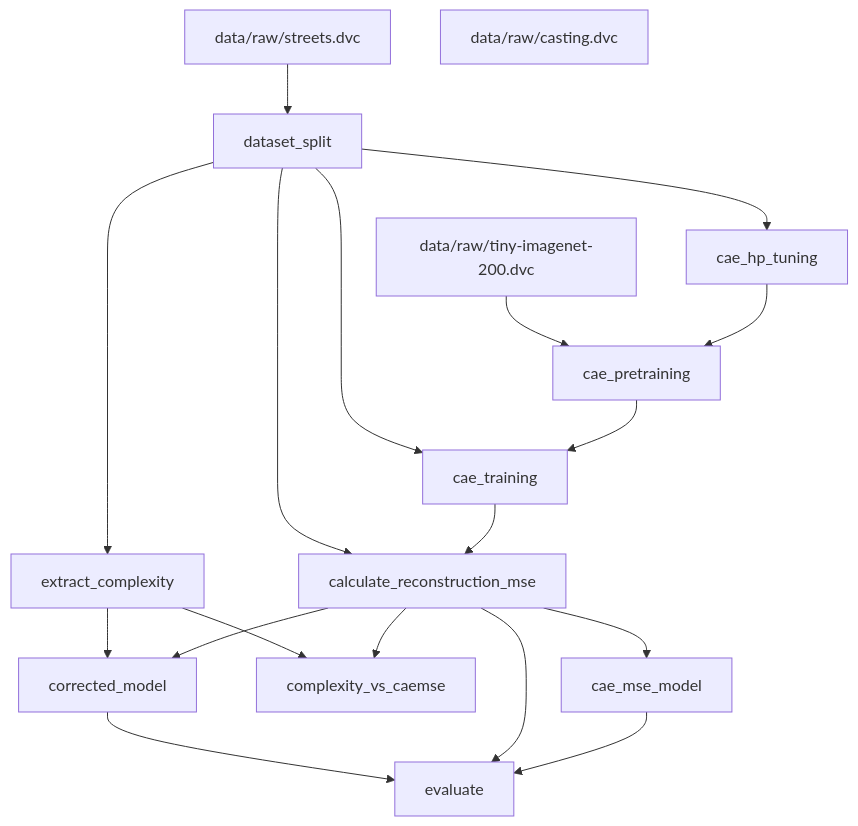
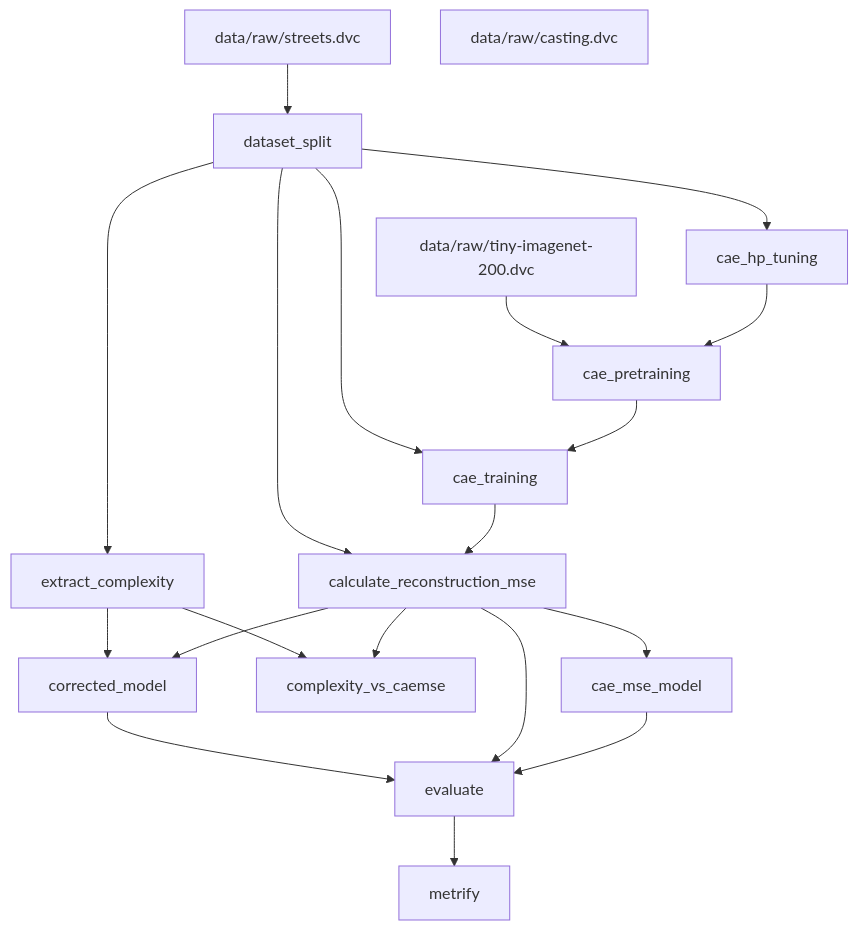
The diagram in visualisation/dag.md (alexsandercaac/img-complexity-cae), drawn with Mermaid before and after one commit. The commit also changed 1 other file, not shown here.

Commit message:
Added necessary dependency to metrify stage

````diff
--- a/visualisation/dag.md
+++ b/visualisation/dag.md
@@ -1,33 +1,35 @@
 ```mermaid
 flowchart TD
 	node1["cae_hp_tuning"]
 	node2["cae_mse_model"]
 	node3["cae_pretraining"]
 	node4["cae_training"]
 	node5["calculate_reconstruction_mse"]
 	node6["complexity_vs_caemse"]
 	node7["corrected_model"]
 	node8["data/raw/streets.dvc"]
 	node9["data/raw/tiny-imagenet-200.dvc"]
 	node10["dataset_split"]
 	node11["evaluate"]
 	node12["extract_complexity"]
+	node13["metrify"]
 	node1-->node3
 	node2-->node11
 	node3-->node4
 	node4-->node5
 	node5-->node2
 	node5-->node6
 	node5-->node7
 	node5-->node11
 	node7-->node11
 	node8-->node10
 	node9-->node3
 	node10-->node1
 	node10-->node4
 	node10-->node5
 	node10-->node12
+	node11-->node13
 	node12-->node6
 	node12-->node7
-	node13["data/raw/casting.dvc"]
+	node14["data/raw/casting.dvc"]
 ```
````
